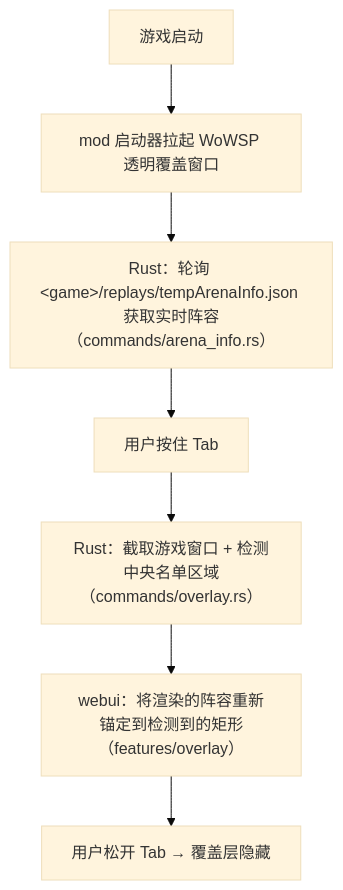
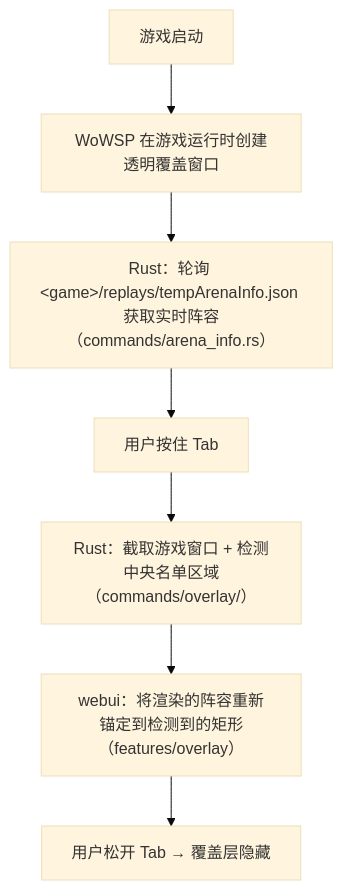
One commit to langyo/wowsp changed the second of 2 diagrams in docs/zh-CN/guides/architecture.md. Above: the diagram before and after it, drawn with Mermaid (base theme). The commit also changed other lines of this file and 58 other files, not shown here.

````diff
--- a/docs/zh-CN/guides/architecture.md
+++ b/docs/zh-CN/guides/architecture.md
@@ -26,9 +26,9 @@
 ```mermaid
 flowchart TD
-    A["游戏启动"] --> B["mod 启动器拉起 WoWSP 透明覆盖窗口"]
+    A["游戏启动"] --> B["WoWSP 在游戏运行时创建透明覆盖窗口"]
     B --> C["Rust：轮询 &lt;game&gt;/replays/tempArenaInfo.json 获取实时阵容（commands/arena_info.rs）"]
     C --> D["用户按住 Tab"]
-    D --> E["Rust：截取游戏窗口 + 检测中央名单区域（commands/overlay.rs）"]
+    D --> E["Rust：截取游戏窗口 + 检测中央名单区域（commands/overlay/）"]
     E --> F["webui：将渲染的阵容重新锚定到检测到的矩形（features/overlay）"]
     F --> G["用户松开 Tab → 覆盖层隐藏"]
 ```
````
